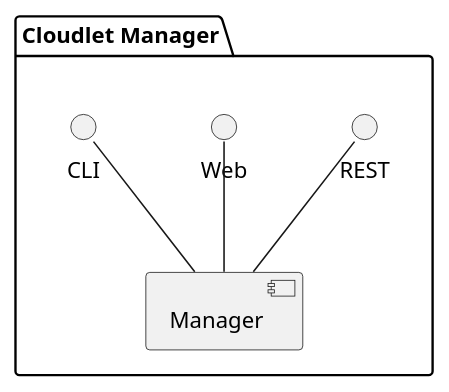
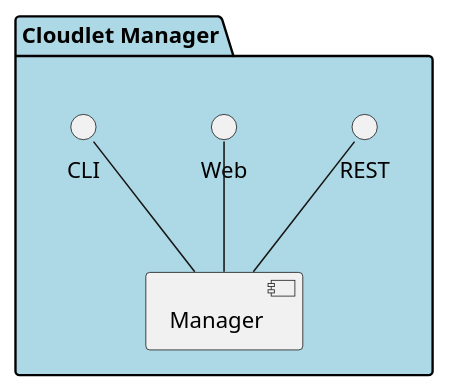
The diagram in docs/Solution/Cloudlet-Manager/Physical.puml (CAADE/CloudLet), drawn with PlantUML before and after one commit. The commit also changed 235 other files, not shown here.

```diff
--- a/docs/Solution/Cloudlet-Manager/Physical.puml
+++ b/docs/Solution/Cloudlet-Manager/Physical.puml
@@ -1,12 +1,12 @@
 @startuml
 
-package "Cloudlet Manager" {
+package "Cloudlet Manager" #lightblue {
     component Manager
     interface REST
     interface Web
     interface CLI
     CLI -- Manager
     REST -- Manager
     Web -- Manager
 }
 @enduml
```
